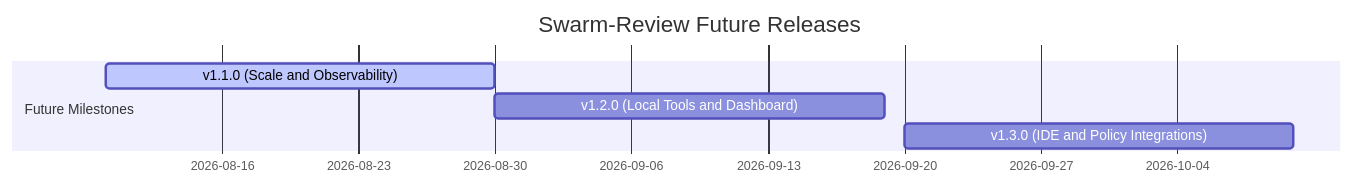
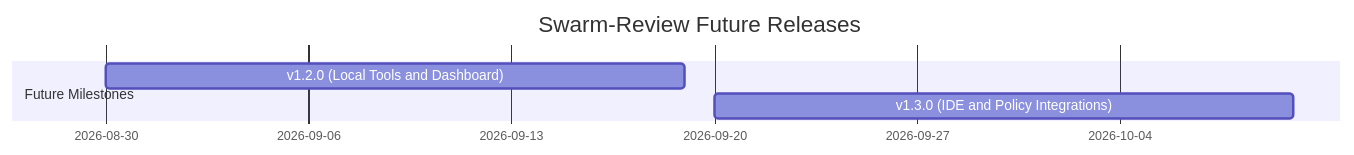
One commit to EvanGribar/Swarm-Review changed the diagram in ROADMAP.md. Above: the diagram before and after it, drawn with Mermaid. The commit also changed other lines of this file and 30 other files, not shown here.

````diff
--- a/ROADMAP.md
+++ b/ROADMAP.md
@@ -5,9 +5,8 @@
 ```mermaid
 gantt
     title Swarm-Review Future Releases
     dateFormat YYYY-MM-DD
     section Future Milestones
-    v1.1.0 (Scale and Observability) :active, 2026-08-10, 20d
     v1.2.0 (Local Tools and Dashboard) : 2026-08-30, 20d
     v1.3.0 (IDE and Policy Integrations) : 2026-09-20, 20d
 ```
````
